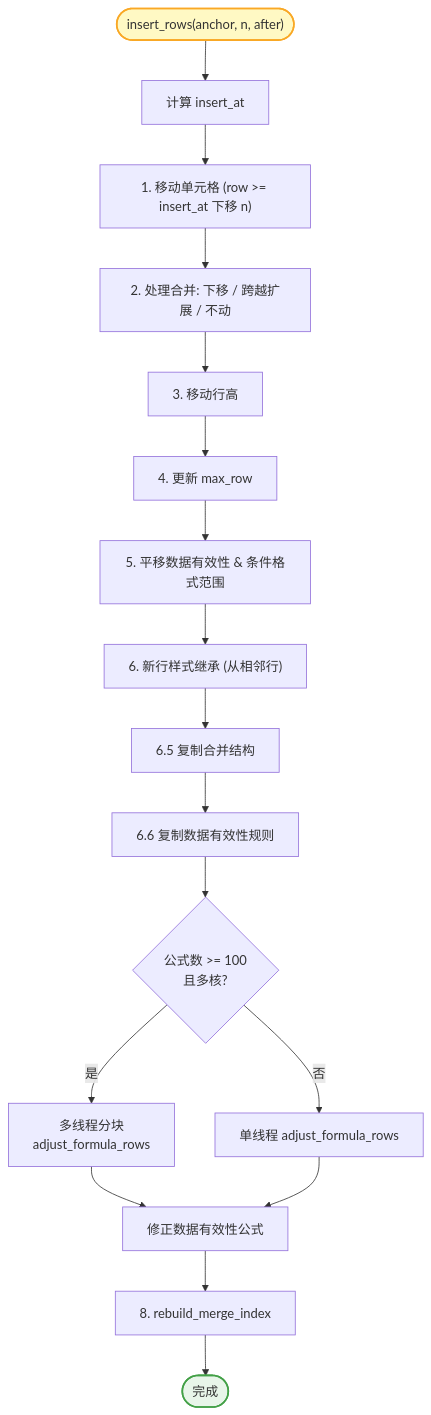
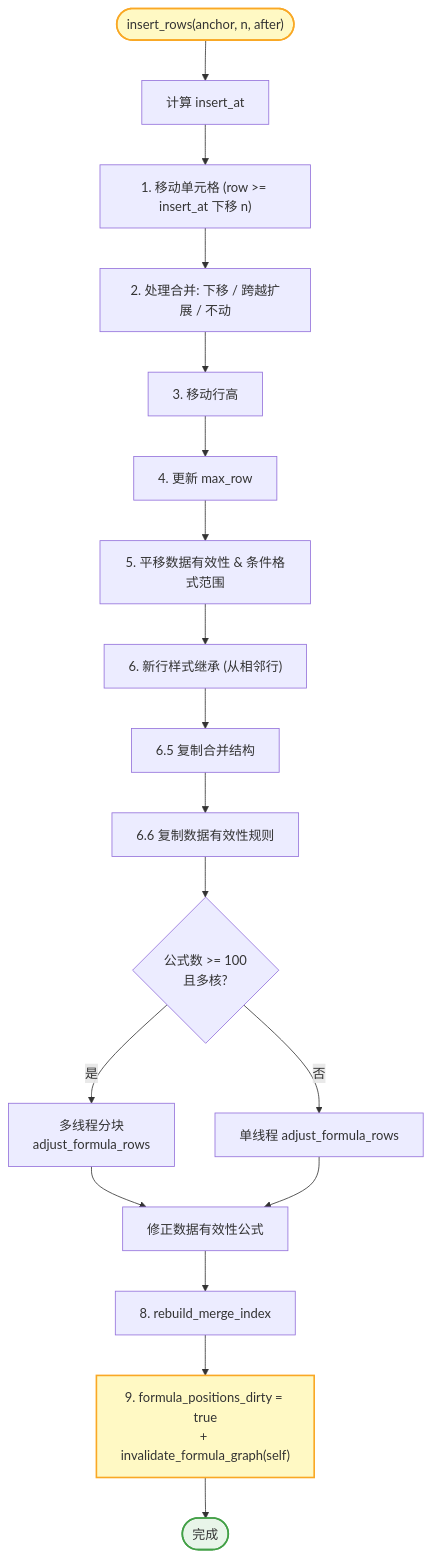
The third of 4 diagrams in docs/excel/reader.md (dunpju/umya-spreadsheet-excel), drawn with Mermaid before and after one commit. The commit also changed other lines of this file and 9 other files, not shown here.

````diff
--- a/docs/excel/reader.md
+++ b/docs/excel/reader.md
@@ -222,22 +240,24 @@
 ```mermaid
 flowchart TD
     S(["insert_rows(anchor, n, after)"]) --> S1["计算 insert_at"]
     S1 --> P1["1. 移动单元格 (row >= insert_at 下移 n)"]
     P1 --> P2["2. 处理合并: 下移 / 跨越扩展 / 不动"]
     P2 --> P3["3. 移动行高"]
     P3 --> P4["4. 更新 max_row"]
     P4 --> P5["5. 平移数据有效性 & 条件格式范围"]
     P5 --> P6["6. 新行样式继承 (从相邻行)"]
     P6 --> P65["6.5 复制合并结构"]
     P65 --> P66["6.6 复制数据有效性规则"]
     P66 --> P7{"公式数 >= 100<br/>且多核?"}
     P7 -- 是 --> P7A["多线程分块<br/>adjust_formula_rows"]
     P7 -- 否 --> P7B["单线程 adjust_formula_rows"]
     P7A --> P8["修正数据有效性公式"]
     P7B --> P8
     P8 --> P9["8. rebuild_merge_index"]
-    P9 --> E([完成])
+    P9 --> P10["9. formula_positions_dirty = true<br/>+ invalidate_formula_graph(self)"]
+    P10 --> E([完成])
 
     style S fill:#fff9c4,stroke:#f9a825,stroke-width:2px
     style E fill:#e8f5e9,stroke:#43a047,stroke-width:2px
+    style P10 fill:#fff9c4,stroke:#f9a825,stroke-width:2px
 ```
````
